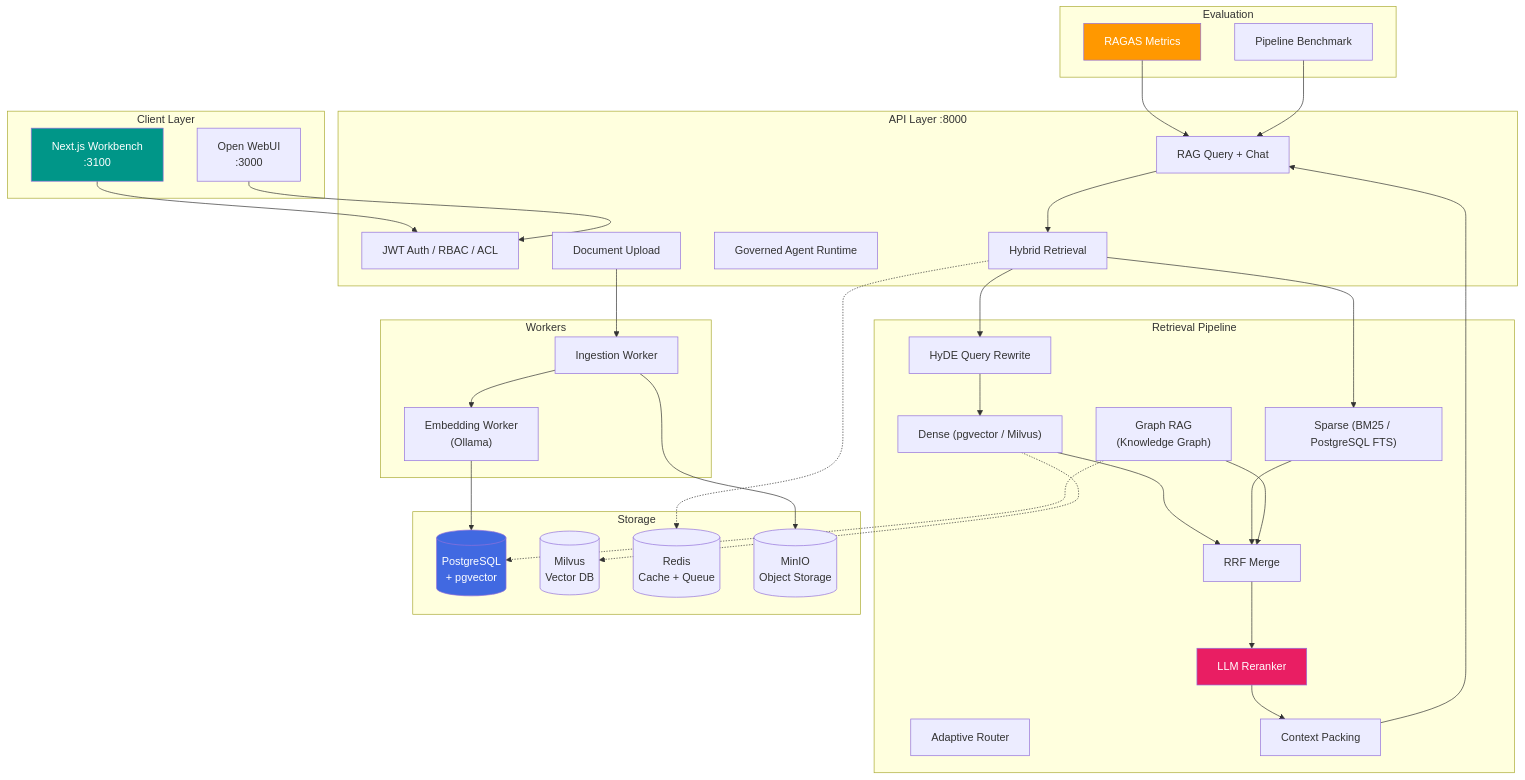
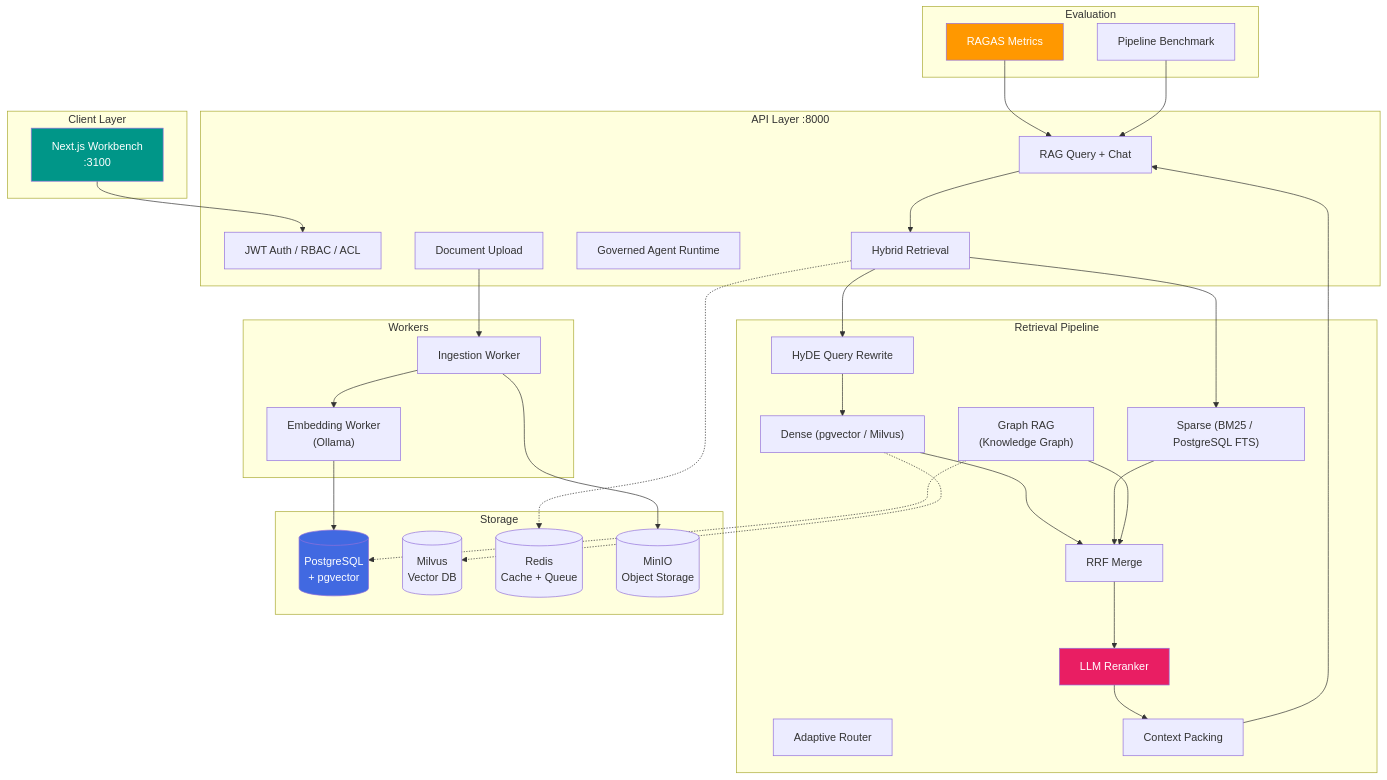
The first of 2 diagrams in README.md (chyinan/AegisRAG), drawn with Mermaid before and after one commit. The commit also changed other lines of this file and 44 other files, not shown here.

First line of the commit message:
refactor: remove Open WebUI, rename to Service Token

````diff
--- a/README.md
+++ b/README.md
@@ -45,67 +45,65 @@
 ```mermaid
 graph TB
     subgraph "Client Layer"
         Web["Next.js Workbench<br/>:3100"]
-        OWUI["Open WebUI<br/>:3000"]
     end
 
     subgraph "API Layer :8000"
         Auth["JWT Auth / RBAC / ACL"]
         Upload["Document Upload"]
         Query["RAG Query + Chat"]
         Agent["Governed Agent Runtime"]
         Retrieve["Hybrid Retrieval"]
     end
 
     subgraph "Retrieval Pipeline"
         Rewrite["HyDE Query Rewrite"]
         Route["Adaptive Router"]
         Dense["Dense (pgvector / Milvus)"]
         Sparse["Sparse (BM25 / PostgreSQL FTS)"]
         Graph["Graph RAG<br/>(Knowledge Graph)"]
         RRF["RRF Merge"]
         Rerank["LLM Reranker"]
         Pack["Context Packing"]
     end
 
     subgraph "Storage"
         PG[("PostgreSQL<br/>+ pgvector")]
         Milvus[("Milvus<br/>Vector DB")]
         Redis[("Redis<br/>Cache + Queue")]
         MinIO[("MinIO<br/>Object Storage")]
     end
 
     subgraph "Workers"
         Ingestion["Ingestion Worker"]
         Embedding["Embedding Worker<br/>(Ollama)"]
     end
 
     subgraph "Evaluation"
         RAGAS["RAGAS Metrics"]
         Benchmark["Pipeline Benchmark"]
     end
 
     Web --> Auth
-    OWUI --> Auth
     Upload --> Ingestion
     Ingestion --> MinIO
     Ingestion --> Embedding
     Embedding --> PG
     Query --> Retrieve
     Retrieve --> Rewrite --> Dense
     Retrieve --> Sparse
     Dense --> RRF
     Sparse --> RRF
     Graph --> RRF
     RRF --> Rerank --> Pack --> Query
     Retrieve -.-> Redis
     Dense -.-> Milvus
     Graph -.-> PG
     RAGAS --> Query
     Benchmark --> Query
 
     style Web fill:#009688,color:#fff
     style Rerank fill:#e91e63,color:#fff
     style RAGAS fill:#ff9800,color:#fff
     style PG fill:#4169E1,color:#fff
 ```
````
